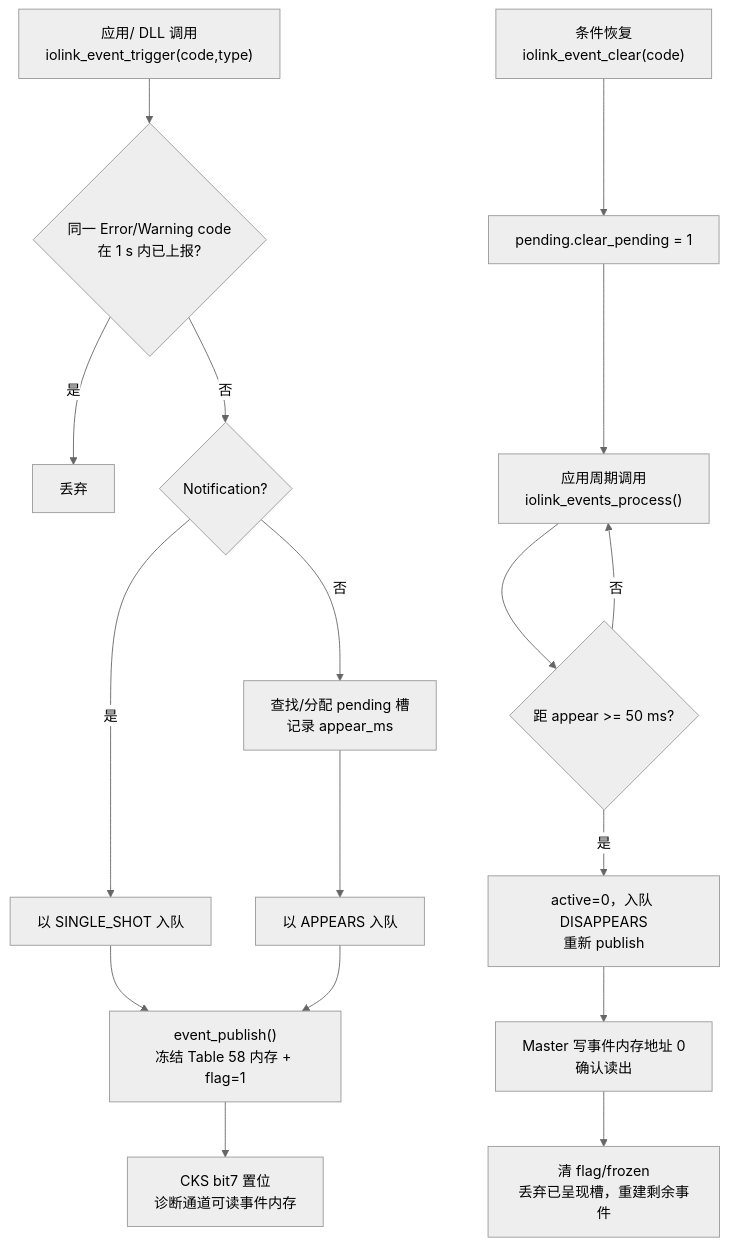
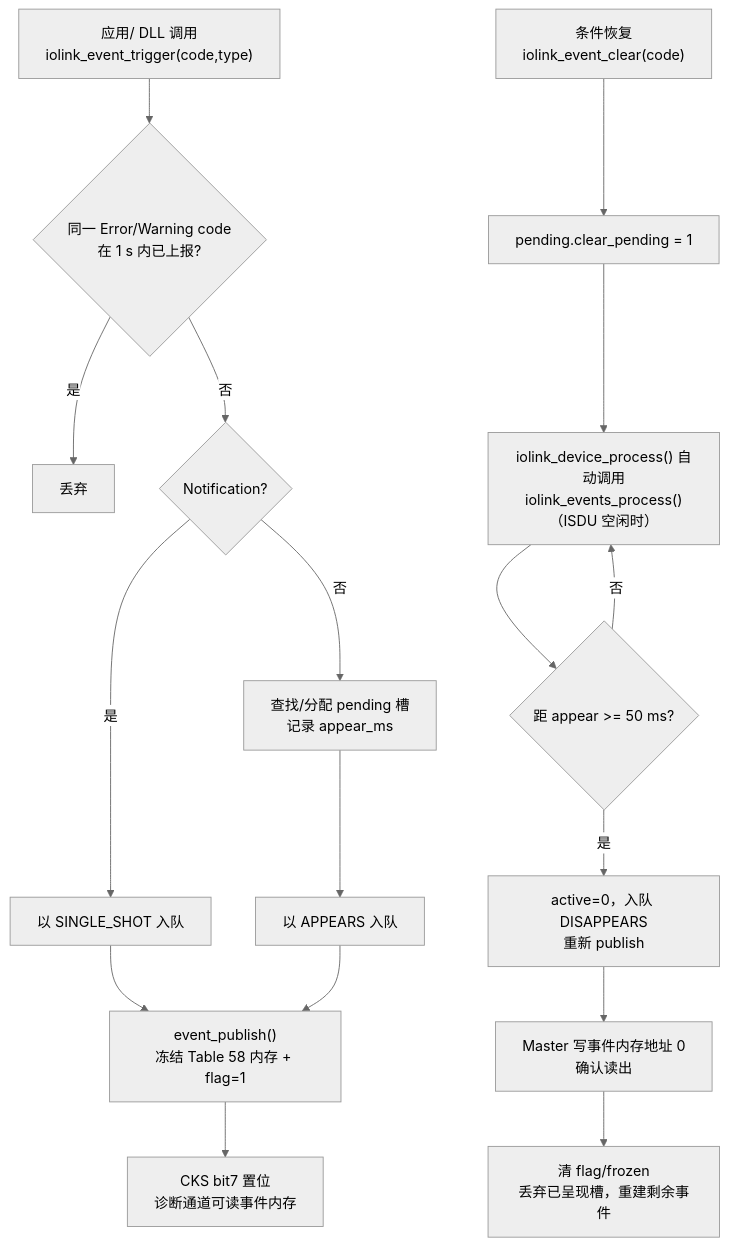
Diagram 13 of 16 in docs/CODE_FLOW.md (Adlyq/iolinki), drawn with Mermaid (neutral theme) before and after one commit. The commit also changed other lines of this file and 7 other files, not shown here.

````diff
--- a/docs/CODE_FLOW.md
+++ b/docs/CODE_FLOW.md
@@ -618,20 +618,20 @@
 ```mermaid
 flowchart TD
     A["应用/ DLL 调用<br/>iolink_event_trigger(code,type)"] --> B{"同一 Error/Warning code<br/>在 1 s 内已上报?"}
     B -- 是 --> B1["丢弃"]
     B -- 否 --> C{"Notification?"}
     C -- 是 --> C1["以 SINGLE_SHOT 入队"]
     C -- 否 --> C2["查找/分配 pending 槽<br/>记录 appear_ms"]
     C2 --> C3["以 APPEARS 入队"]
     C1 --> D["event_publish()<br/>冻结 Table 58 内存 + flag=1"]
     C3 --> D
     D --> E["CKS bit7 置位<br/>诊断通道可读事件内存"]
 
     F["条件恢复<br/>iolink_event_clear(code)"] --> G["pending.clear_pending = 1"]
-    G --> H["应用周期调用<br/>iolink_events_process()"]
+    G --> H["iolink_device_process() 自动调用<br/>iolink_events_process()<br/>（ISDU 空闲时）"]
     H --> I{"距 appear >= 50 ms?"}
     I -- 否 --> H
     I -- 是 --> J["active=0，入队 DISAPPEARS<br/>重新 publish"]
     J --> K["Master 写事件内存地址 0<br/>确认读出"]
     K --> L["清 flag/frozen<br/>丢弃已呈现槽，重建剩余事件"]
 ```
````
